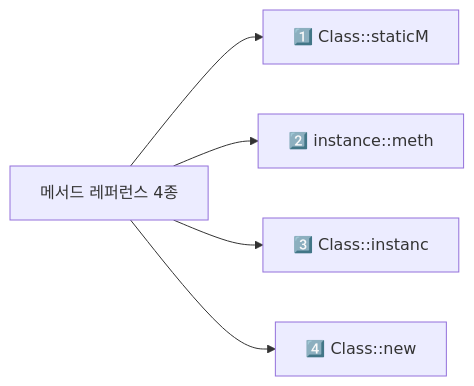
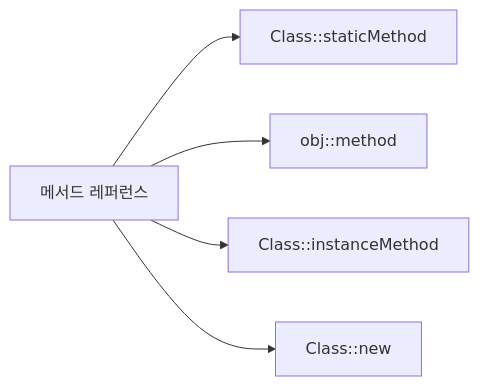
The second of 4 diagrams in _posts/java/2026-05-01-java-lambda.md (yjkim2015/yjkim2015.github.io), drawn with Mermaid before and after one commit. The commit also changed other lines of this file and 4 other files, not shown here.

````diff
--- a/_posts/java/2026-05-01-java-lambda.md
+++ b/_posts/java/2026-05-01-java-lambda.md
@@ -362,7 +615,7 @@
 ```mermaid
 graph LR
-    A["메서드 레퍼런스 4종"] --> B["1️⃣ Class::staticM"]
-    A --> C["2️⃣ instance::meth"]
-    A --> D["3️⃣ Class::instanc"]
-    A --> E["4️⃣ Class::new"]
+    MR["메서드 레퍼런스"] --> ST["Class::staticMethod"]
+    MR --> IN["obj::method"]
+    MR --> AR["Class::instanceMethod"]
+    MR --> CN["Class::new"]
 ```
````
